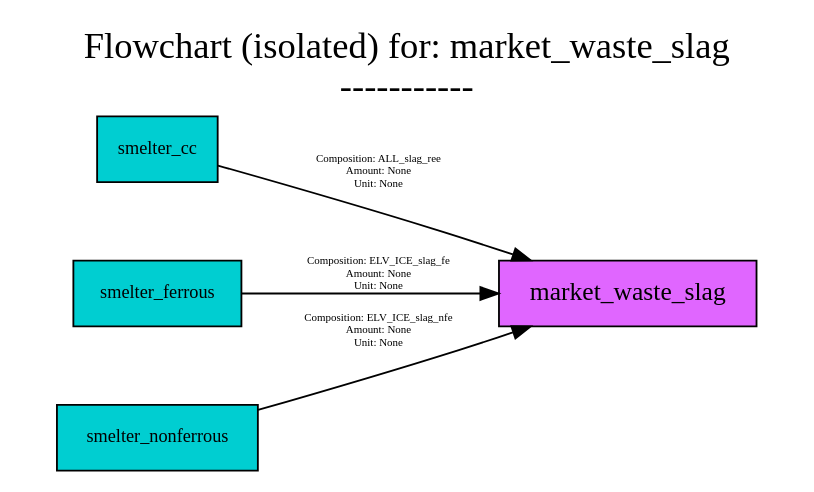
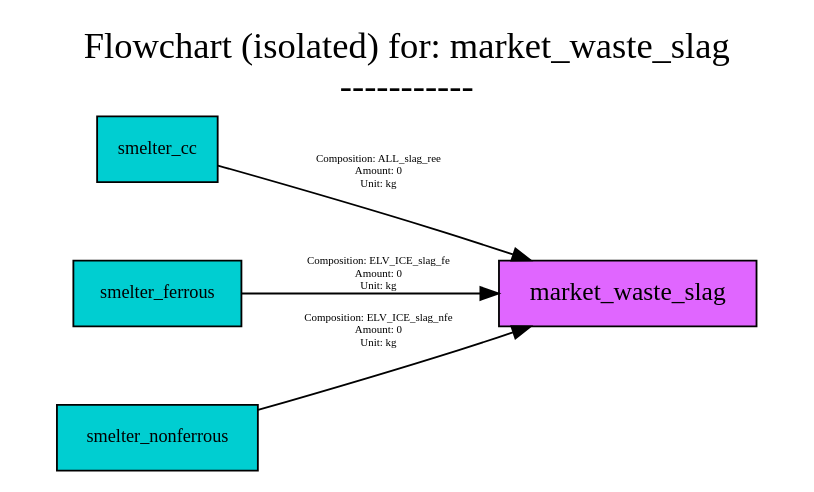
One commit to FutuRaM-Project/Recovery-Model changed the diagram in src/examples/ELV/figures/flowcharts/processes/dot/market_waste_slag.dot. Above: the diagram before and after it, drawn with Graphviz. The commit also changed 196 other files, not shown here.

```diff
--- a/src/examples/ELV/figures/flowcharts/processes/dot/market_waste_slag.dot
+++ b/src/examples/ELV/figures/flowcharts/processes/dot/market_waste_slag.dot
@@ -1,74 +1,74 @@
 digraph {
 	graph [bb="0,0,383,246",
 		font=Cabin,
 		fontname=Cabin,
 		fontsize=20,
 		label="Flowchart (isolated) for: market_waste_slag
 -----------",
 		labeljust=c,
 		labelloc=tc,
 		lheight=0.61,
 		lp="191.5,220",
 		lwidth=5.10,
 		nodesep=0.6,
 		rankdir=LR,
 		ranksep=0.6
 	];
 	node [label="\N"];
 	market_waste_slag	[fillcolor=mediumorchid1,
 		fontname=Cabin,
 		fontsize=14,
 		height=0.5,
 		pos="304.5,97",
 		shape=box,
 		style=filled,
 		width=1.8194];
 	smelter_cc	[fillcolor=darkturquoise,
 		fontname=Cabin,
 		fontsize=10,
 		height=0.5,
 		pos="63,176",
 		shape=box,
 		style=filled,
 		width=0.88889];
 	smelter_cc -> market_waste_slag	[color=black,
 		fontname=Cabin,
 		fontsize=6,
 		label="Composition: ALL_slag_ree
-Amount: None 
-Unit: None",
+Amount: 0 
+Unit: kg",
 		lp="176,163.5",
 		pos="e,254.22,115.05 95.18,166.62 126.18,157.2 175.04,142.09 217,128 225.98,124.98 235.45,121.7 244.69,118.43"];
 	smelter_ferrous	[fillcolor=darkturquoise,
 		fontname=Cabin,
 		fontsize=10,
 		height=0.5,
 		pos="63,97",
 		shape=box,
 		style=filled,
 		width=1.1667];
 	smelter_ferrous -> market_waste_slag	[color=black,
 		fontname=Cabin,
 		fontsize=6,
 		label="Composition: ELV_ICE_slag_fe
-Amount: None 
-Unit: None",
+Amount: 0 
+Unit: kg",
 		lp="176,107.5",
 		pos="e,239,97 105.17,97 139.08,97 188.03,97 228.82,97"];
 	smelter_nonferrous	[fillcolor=darkturquoise,
 		fontname=Cabin,
 		fontsize=10,
 		height=0.5,
 		pos="63,18",
 		shape=box,
 		style=filled,
 		width=1.3889];
 	smelter_nonferrous -> market_waste_slag	[color=black,
 		fontname=Cabin,
 		fontsize=6,
 		label="Composition: ELV_ICE_slag_nfe
-Amount: None 
-Unit: None",
+Amount: 0 
+Unit: kg",
 		lp="176,76.5",
 		pos="e,254.22,78.952 113.08,32.851 143.18,42.091 182.43,54.388 217,66 225.98,69.016 235.45,72.301 244.69,75.567"];
 }
```
